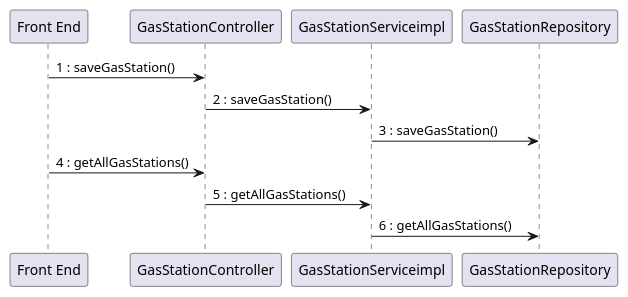
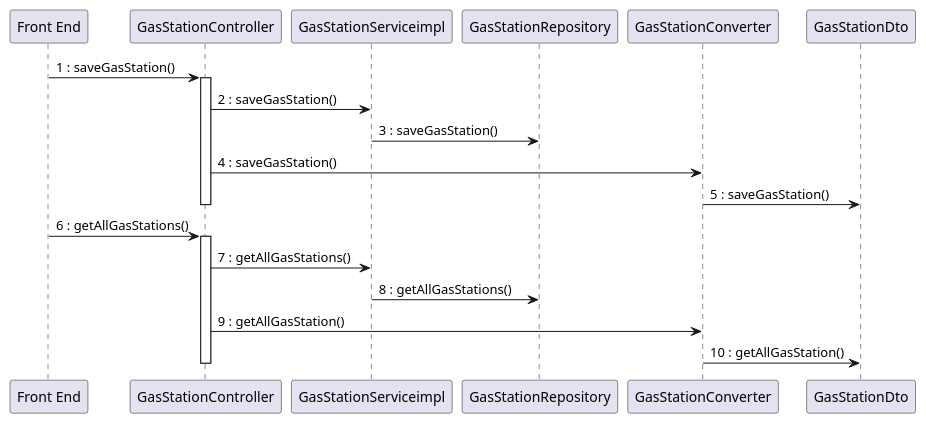
Before and after one commit to mosTavassoli/ezgas: the ninth of 15 diagrams in docs/DesignDocument.md, drawn with PlantUML. The commit also changed other lines of this file, not shown here.

Commit message:
docs(DesignDocument): fix traceability matrix, improve sequence diagrams and fill class diagram classes with methods and attributes

````diff
--- a/docs/DesignDocument.md
+++ b/docs/DesignDocument.md
@@ -374,15 +546,23 @@
 ```plantuml
 "Front End" -> GasStationController:1 : saveGasStation()
-
+activate GasStationController
 GasStationController -> GasStationServiceimpl:2 : saveGasStation()
 
 GasStationServiceimpl -> GasStationRepository:3 : saveGasStation()
 
-"Front End" -> GasStationController:4 : getAllGasStations()
+GasStationController -> GasStationConverter:4 : saveGasStation()
 
-GasStationController -> GasStationServiceimpl:5 : getAllGasStations()
+GasStationConverter -> GasStationDto:5 : saveGasStation()
+deactivate GasStationController
 
-GasStationServiceimpl -> GasStationRepository:6 : getAllGasStations()
+"Front End" -> GasStationController:6 : getAllGasStations()
+activate GasStationController
+GasStationController -> GasStationServiceimpl:7 : getAllGasStations()
 
+GasStationServiceimpl -> GasStationRepository:8 : getAllGasStations()
 
+GasStationController -> GasStationConverter:9 : getAllGasStation()
+
+GasStationConverter -> GasStationDto:10 : getAllGasStation()
+deactivate GasStationController
 ```
````
